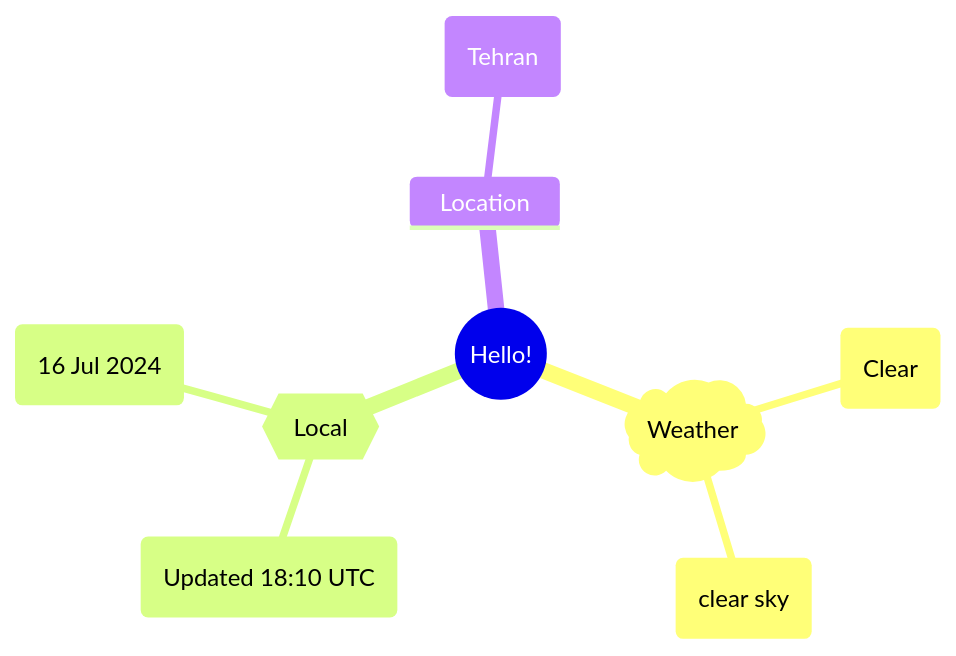
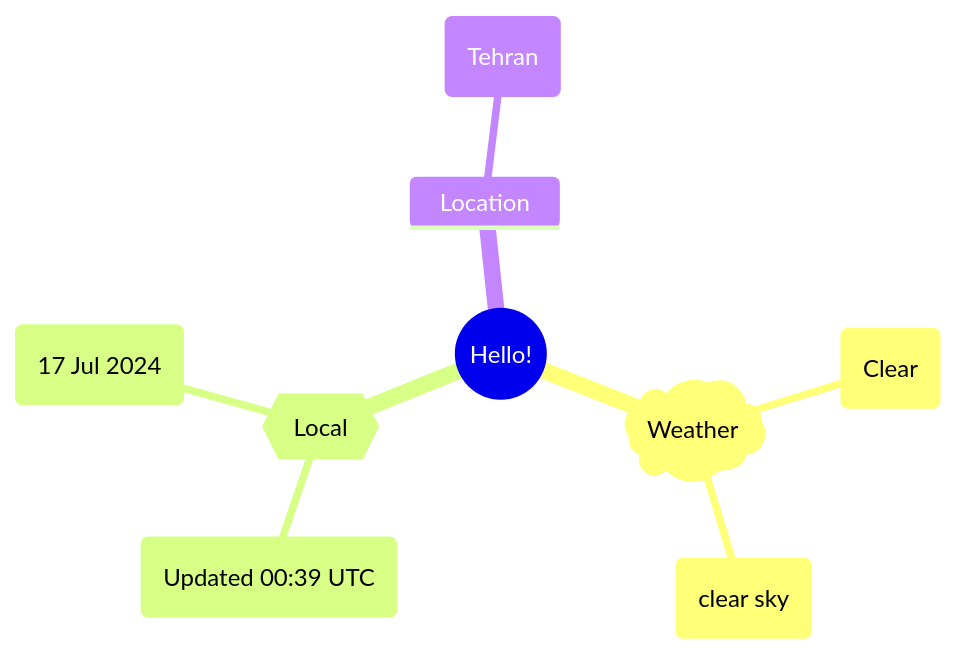
Before and after one commit to Xosrov/Xosrov: the first of 2 diagrams in README.md, drawn with Mermaid.

Commit message:
[bot] updated images

````diff
--- a/README.md
+++ b/README.md
@@ -3,12 +3,12 @@
 ```mermaid
 mindmap
   root((Hello!))
     )Weather(
         (Clear)
         (clear sky)
     {{Local}}
-        (Updated 18:10 UTC)
-        (16 Jul 2024)
+        (Updated 00:39 UTC)
+        (17 Jul 2024)
     Location
         (Tehran)
 ```
````
